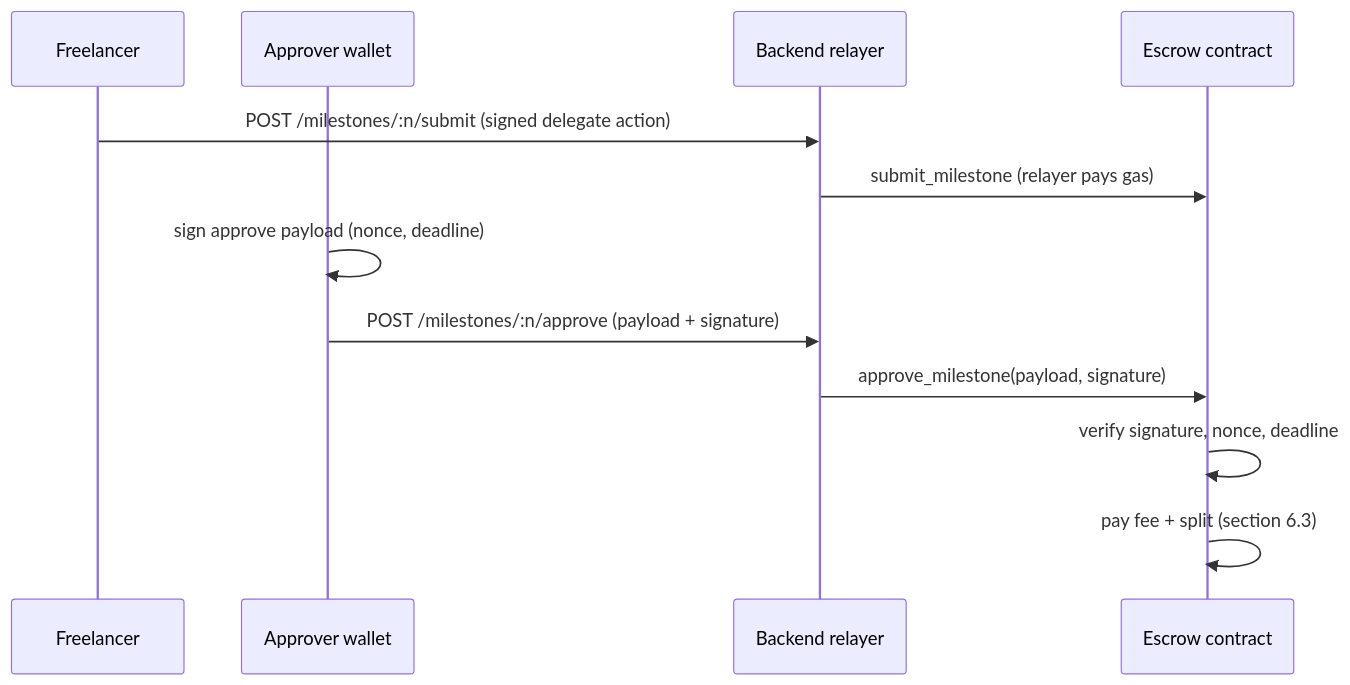
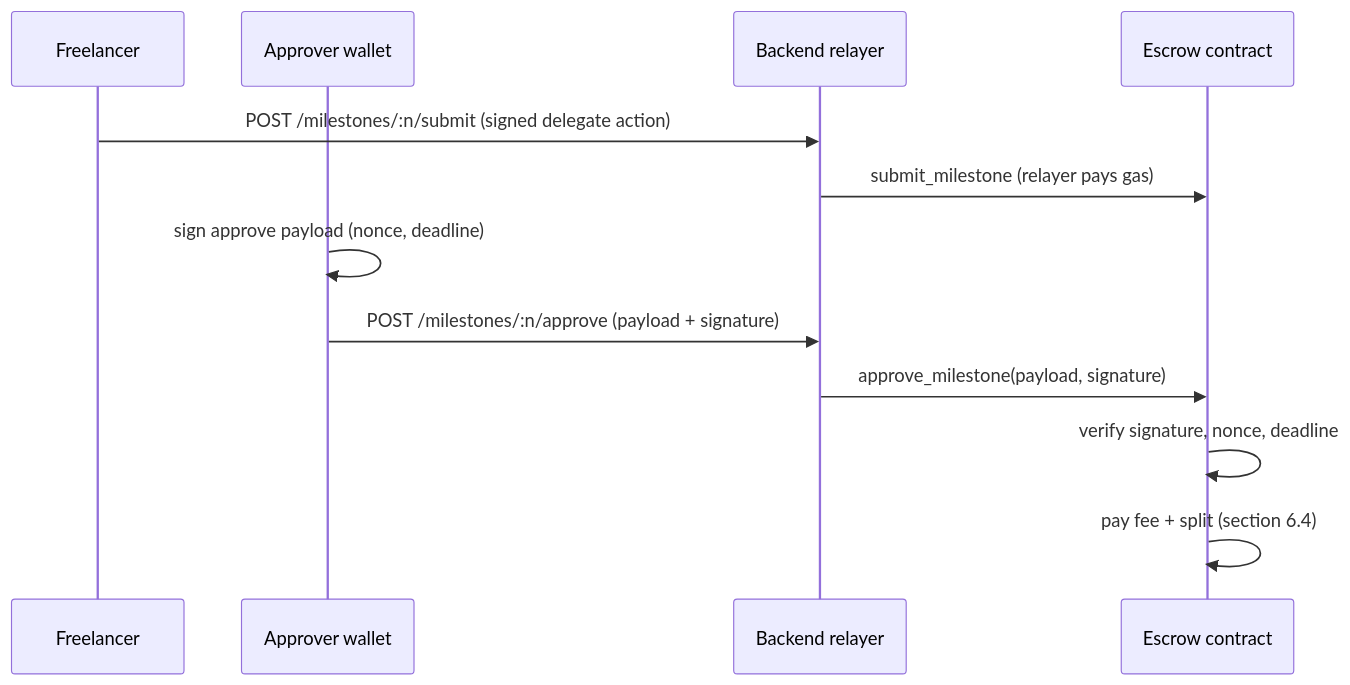
Before and after one commit to harundarat/vecrow: the fifth of 6 diagrams in docs/architecture.md, drawn with Mermaid. The commit also changed other lines of this file and 3 other files, not shown here.

````diff
--- a/docs/architecture.md
+++ b/docs/architecture.md
@@ -165,15 +214,15 @@
 ```mermaid
 sequenceDiagram
     participant F as Freelancer
     participant A as Approver wallet
     participant B as Backend relayer
     participant E as Escrow contract
 
     F->>B: POST /milestones/:n/submit (signed delegate action)
     B->>E: submit_milestone (relayer pays gas)
     A->>A: sign approve payload (nonce, deadline)
     A->>B: POST /milestones/:n/approve (payload + signature)
     B->>E: approve_milestone(payload, signature)
     E->>E: verify signature, nonce, deadline
-    E->>E: pay fee + split (section 6.3)
+    E->>E: pay fee + split (section 6.4)
 ```
````
